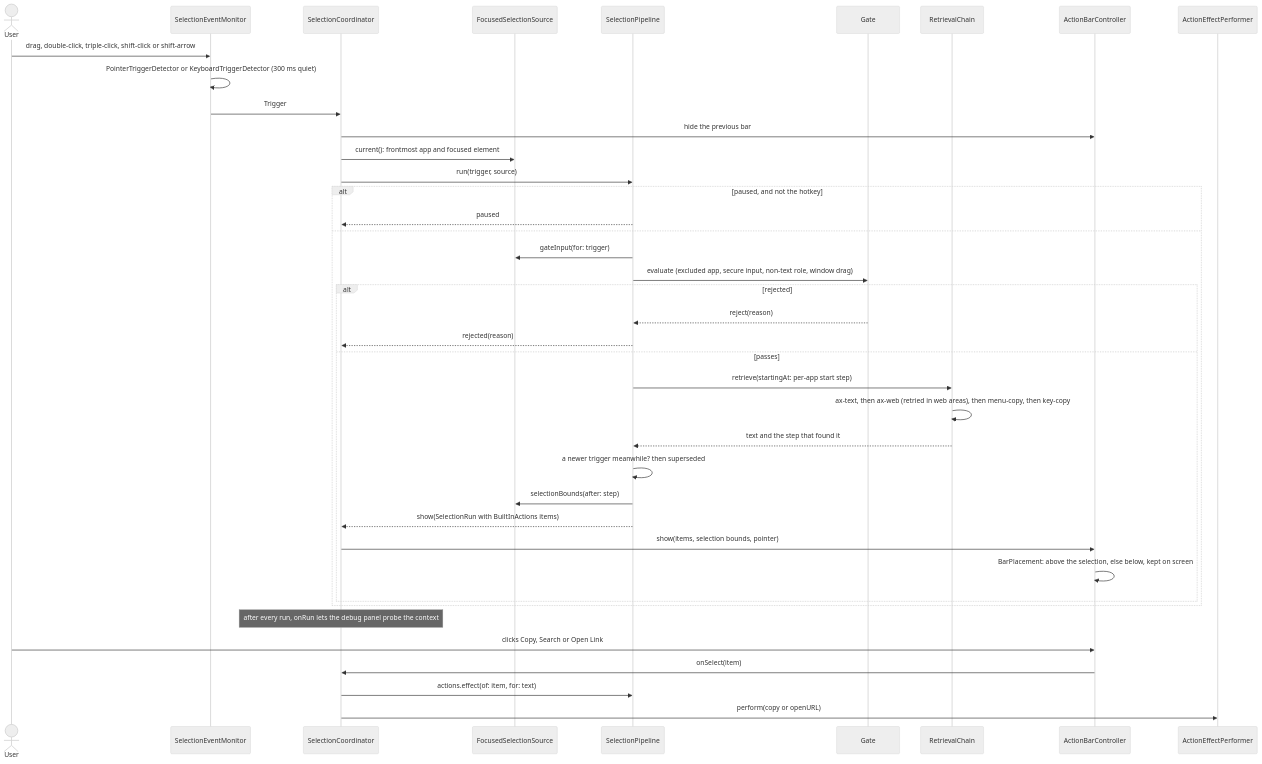
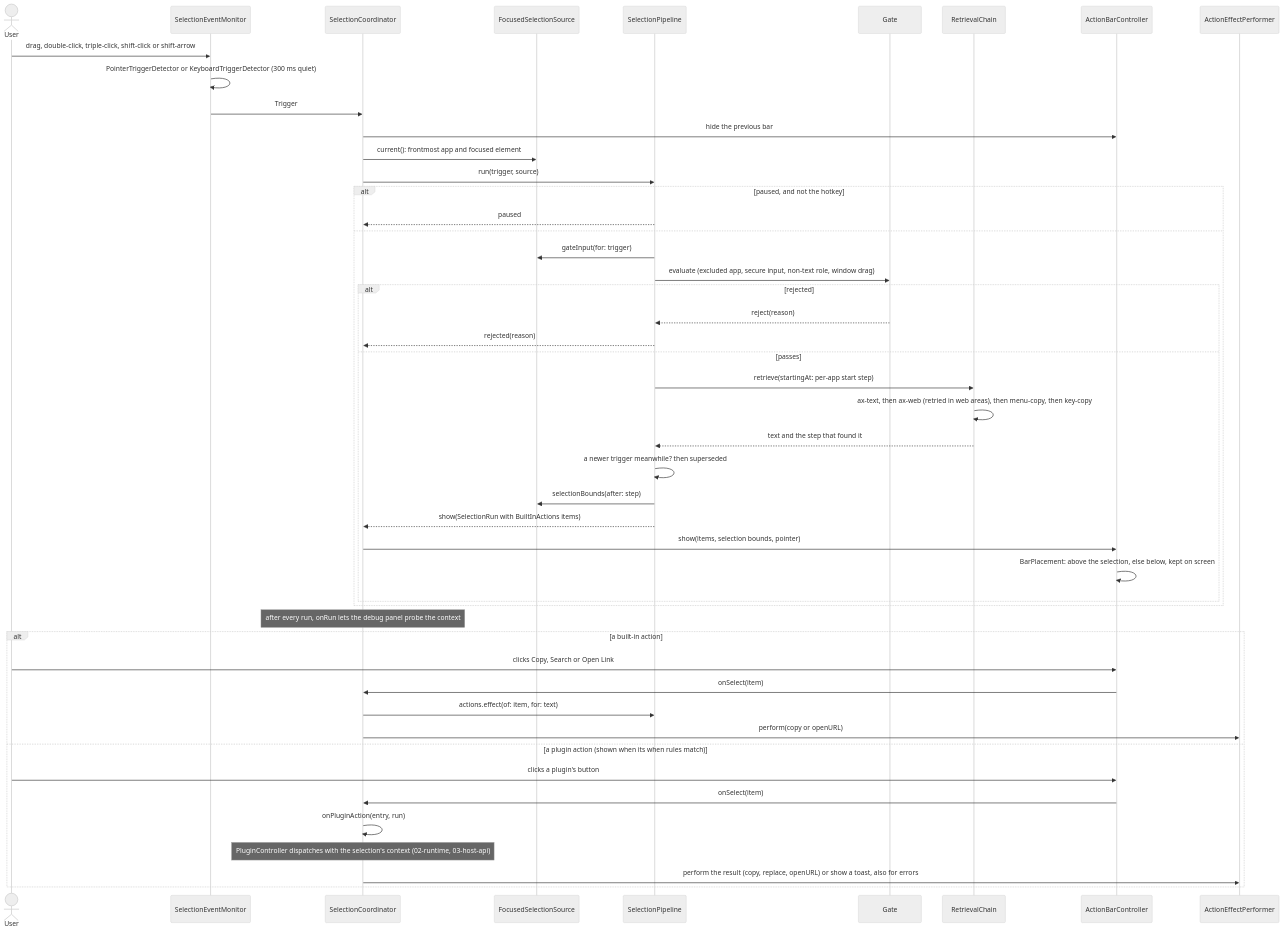
Before and after one commit to mx-in/ODH: the fourth of 5 diagrams in docs/tec-design.md, drawn with Mermaid (neutral theme). The commit also changed other lines of this file and 4 other files, not shown here.

First line of the commit message:
docs(design): draw the runtime, host API and tooling as built in task-005

````diff
--- a/docs/tec-design.md
+++ b/docs/tec-design.md
@@ -609,42 +644,50 @@
 ```mermaid
 sequenceDiagram
   actor User
   participant Mon as SelectionEventMonitor
   participant Coord as SelectionCoordinator
   participant Src as FocusedSelectionSource
   participant Pipe as SelectionPipeline
   participant Gate
   participant Chain as RetrievalChain
   participant Bar as ActionBarController
   participant Perf as ActionEffectPerformer
   User->>Mon: drag, double-click, triple-click, shift-click or shift-arrow
   Mon->>Mon: PointerTriggerDetector or KeyboardTriggerDetector (300 ms quiet)
   Mon->>Coord: Trigger
   Coord->>Bar: hide the previous bar
   Coord->>Src: current(): frontmost app and focused element
   Coord->>Pipe: run(trigger, source)
   alt paused, and not the hotkey
     Pipe-->>Coord: paused
   else
     Pipe->>Src: gateInput(for: trigger)
     Pipe->>Gate: evaluate (excluded app, secure input, non-text role, window drag)
     alt rejected
       Gate-->>Pipe: reject(reason)
       Pipe-->>Coord: rejected(reason)
     else passes
       Pipe->>Chain: retrieve(startingAt: per-app start step)
       Chain->>Chain: ax-text, then ax-web (retried in web areas), then menu-copy, then key-copy
       Chain-->>Pipe: text and the step that found it
       Pipe->>Pipe: a newer trigger meanwhile? then superseded
       Pipe->>Src: selectionBounds(after: step)
       Pipe-->>Coord: show(SelectionRun with BuiltInActions items)
       Coord->>Bar: show(items, selection bounds, pointer)
       Bar->>Bar: BarPlacement: above the selection, else below, kept on screen
     end
   end
   Note over Coord: after every run, onRun lets the debug panel probe the context
-  User->>Bar: clicks Copy, Search or Open Link
-  Bar->>Coord: onSelect(item)
-  Coord->>Pipe: actions.effect(of: item, for: text)
-  Coord->>Perf: perform(copy or openURL)
+  alt a built-in action
+    User->>Bar: clicks Copy, Search or Open Link
+    Bar->>Coord: onSelect(item)
+    Coord->>Pipe: actions.effect(of: item, for: text)
+    Coord->>Perf: perform(copy or openURL)
+  else a plugin action (shown when its when rules match)
+    User->>Bar: clicks a plugin's button
+    Bar->>Coord: onSelect(item)
+    Coord->>Coord: onPluginAction(entry, run)
+    Note over Coord: PluginController dispatches with the selection's context (02-runtime, 03-host-api)
+    Coord->>Perf: perform the result (copy, replace, openURL) or show a toast, also for errors
+  end
 ```
````
